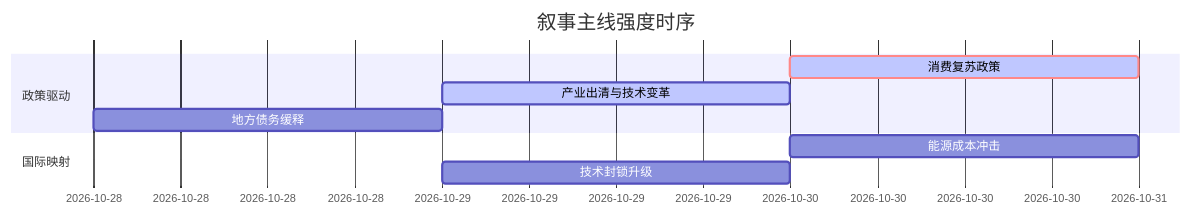
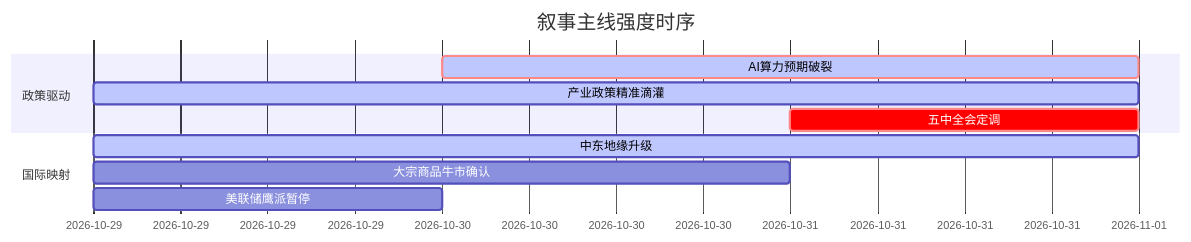
The diagram in 5day_report.md (uu5zn/uu5zn.github.io), drawn with Mermaid before and after one commit. The commit also changed other lines of this file and 19 other files, not shown here.

````diff
--- a/5day_report.md
+++ b/5day_report.md
@@ -45,13 +56,14 @@
 ```mermaid
 gantt
     title 叙事主线强度时序
     dateFormat  YYYY-MM-DD
     section 政策驱动
-    消费复苏政策   :crit, active, 2026-10-30, 1d
-    产业出清与技术变革 :active, 2026-10-29, 1d
-    地方债务缓释   :2026-10-28, 1d
+    AI算力预期破裂    :crit, active, 2026-10-30, 2d
+    产业政策精准滴灌  :active, 2026-10-29, 3d
+    五中全会定调      :crit, 2026-10-31, 1d
     
     section 国际映射
-    能源成本冲击   :2026-10-30, 1d
-    技术封锁升级   :2026-10-29, 1d
+    中东地缘升级      :active, 2026-10-29, 3d
+    大宗商品牛市确认  :2026-10-29, 2d
+    美联储鹰派暂停    :2026-10-29, 1d
 ```
````
